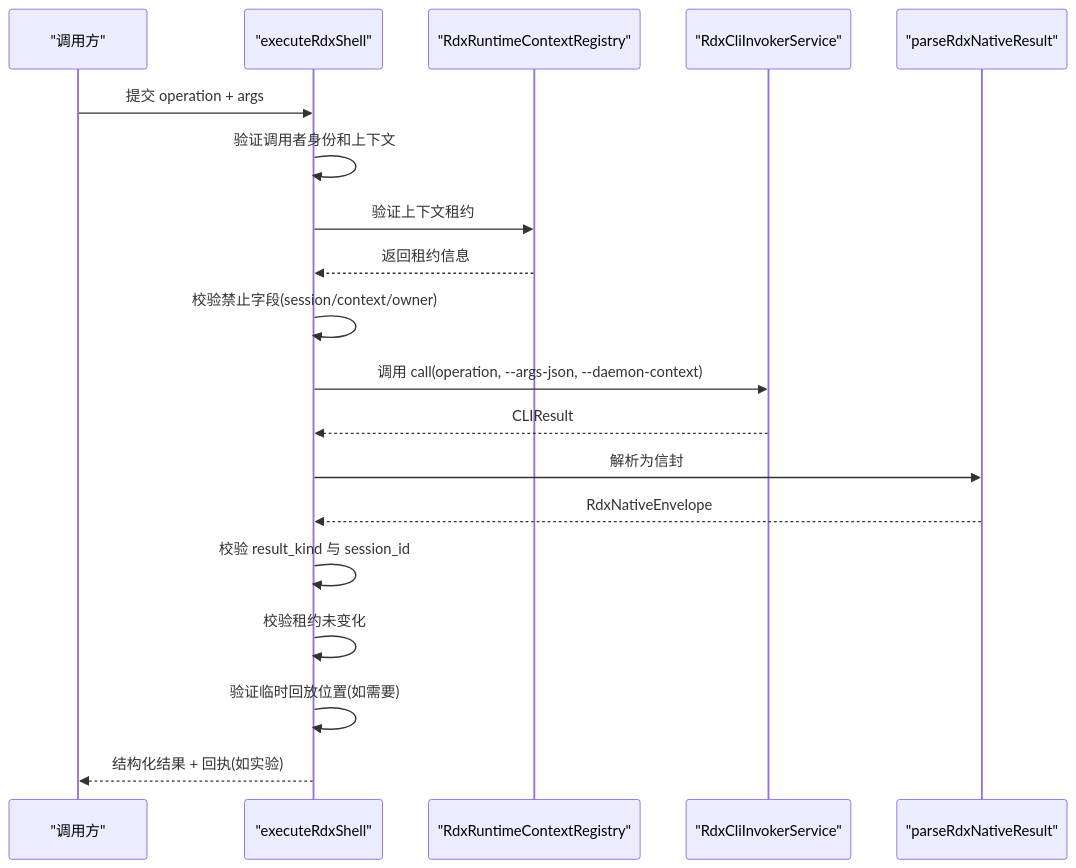
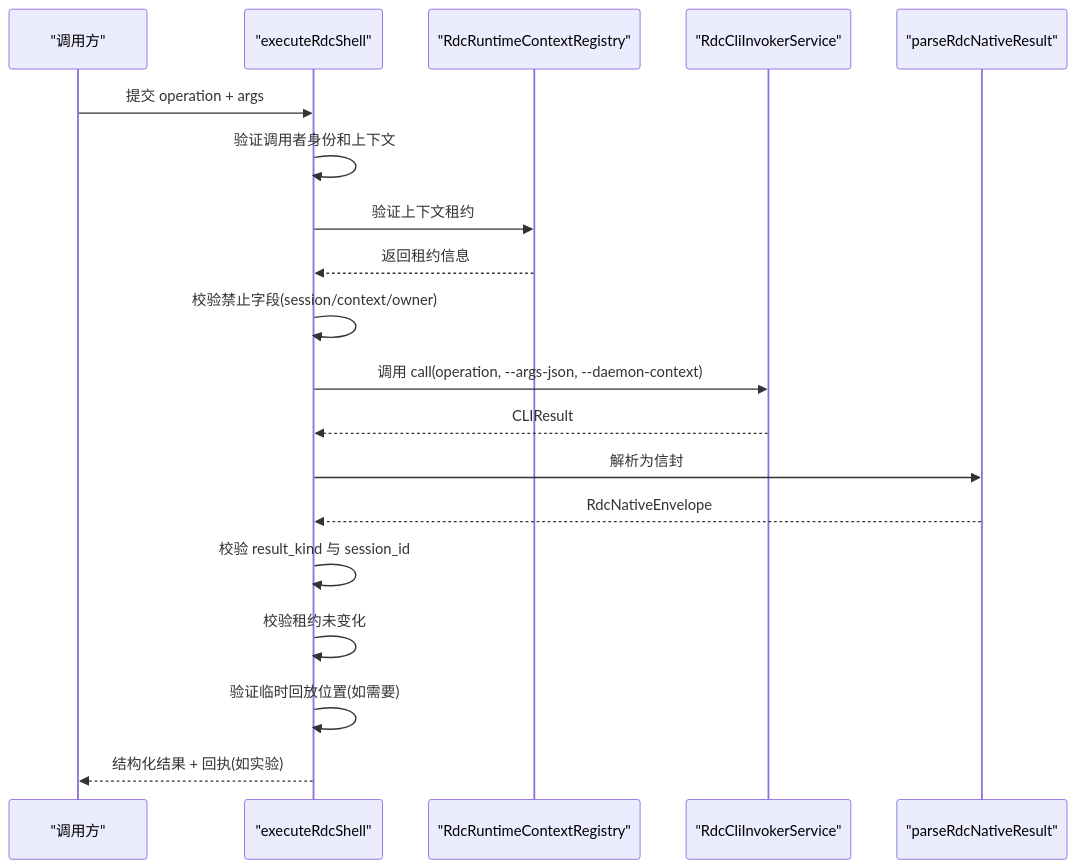
One commit to haolange/RDC-Agent changed the fourth of 5 diagrams in .qoder/repowiki/zh/content/架构设计/核心组件设计/CLI调用器设计/原生协议定义.md. Above: the diagram before and after it, drawn with Mermaid. The commit also changed other lines of this file and 557 other files, not shown here.

````diff
--- a/.qoder/repowiki/zh/content/架构设计/核心组件设计/CLI调用器设计/原生协议定义.md
+++ b/.qoder/repowiki/zh/content/架构设计/核心组件设计/CLI调用器设计/原生协议定义.md
@@ -216,21 +216,21 @@
 ```mermaid
 sequenceDiagram
 participant Caller as "调用方"
-participant Shell as "executeRdxShell"
-participant Registry as "RdxRuntimeContextRegistry"
-participant Invoker as "RdxCliInvokerService"
-participant Parser as "parseRdxNativeResult"
+participant Shell as "executeRdcShell"
+participant Registry as "RdcRuntimeContextRegistry"
+participant Invoker as "RdcCliInvokerService"
+participant Parser as "parseRdcNativeResult"
 Caller->>Shell : 提交 operation + args
 Shell->>Shell : 验证调用者身份和上下文
 Shell->>Registry : 验证上下文租约
 Registry-->>Shell : 返回租约信息
 Shell->>Shell : 校验禁止字段(session/context/owner)
 Shell->>Invoker : 调用 call(operation, --args-json, --daemon-context)
 Invoker-->>Shell : CLIResult
 Shell->>Parser : 解析为信封
-Parser-->>Shell : RdxNativeEnvelope
+Parser-->>Shell : RdcNativeEnvelope
 Shell->>Shell : 校验 result_kind 与 session_id
 Shell->>Shell : 校验租约未变化
 Shell->>Shell : 验证临时回放位置(如需要)
 Shell-->>Caller : 结构化结果 + 回执(如实验)
 ```
````
